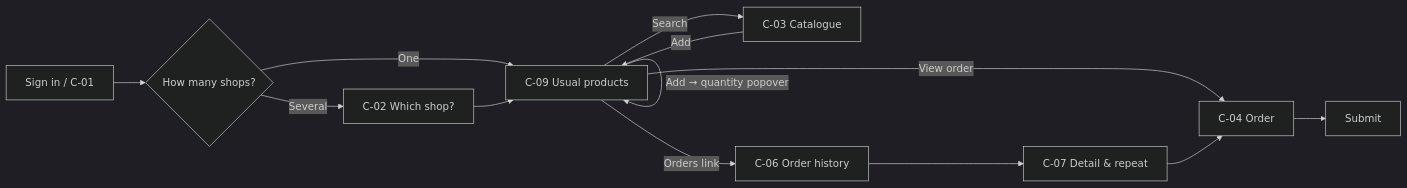
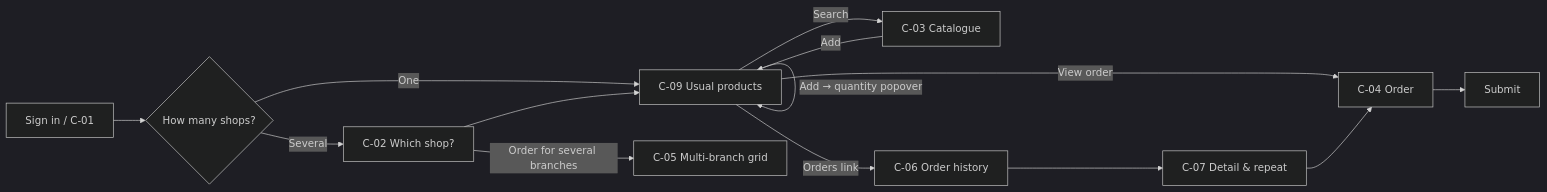
The diagram in plan_docs/uxdocs/06-customer.md (ColmKenna/field_sales_stories), drawn with Mermaid (dark theme) before and after one commit. The commit also changed other lines of this file and 9 other files, not shown here.

````diff
--- a/plan_docs/uxdocs/06-customer.md
+++ b/plan_docs/uxdocs/06-customer.md
@@ -17,10 +17,11 @@
 ```mermaid
 flowchart LR
     In[Sign in / C-01] --> N{How many shops?}
     N -->|One| U[C-09 Usual products]
     N -->|Several| P[C-02 Which shop?] --> U
+    P -->|Order for several branches| G[C-05 Multi-branch grid]
     U -->|Add → quantity popover| U
     U -->|Search| Cat[C-03 Catalogue] -->|Add| U
     U -->|View order| O[C-04 Order] --> S[Submit]
     U -->|Orders link| H[C-06 Order history] --> D[C-07 Detail & repeat] --> O
 ```
````
